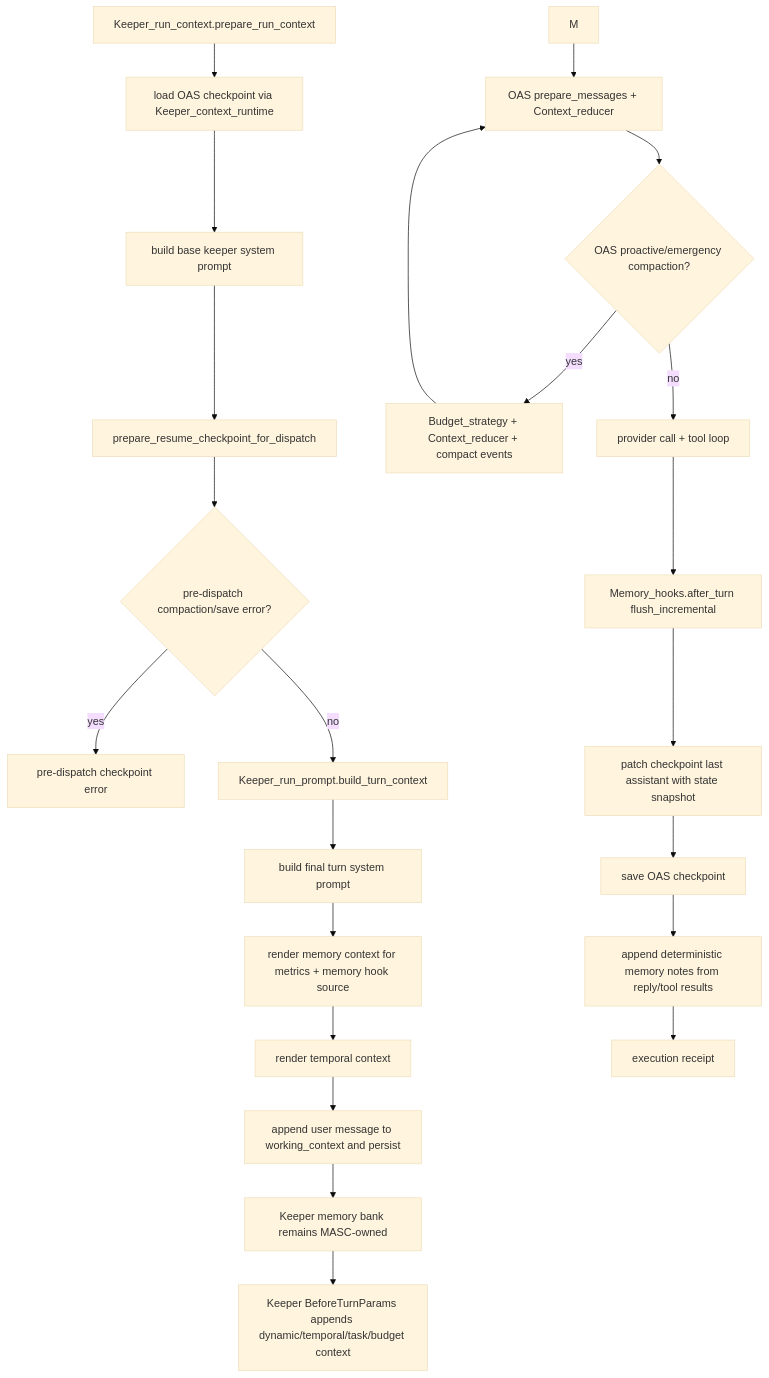
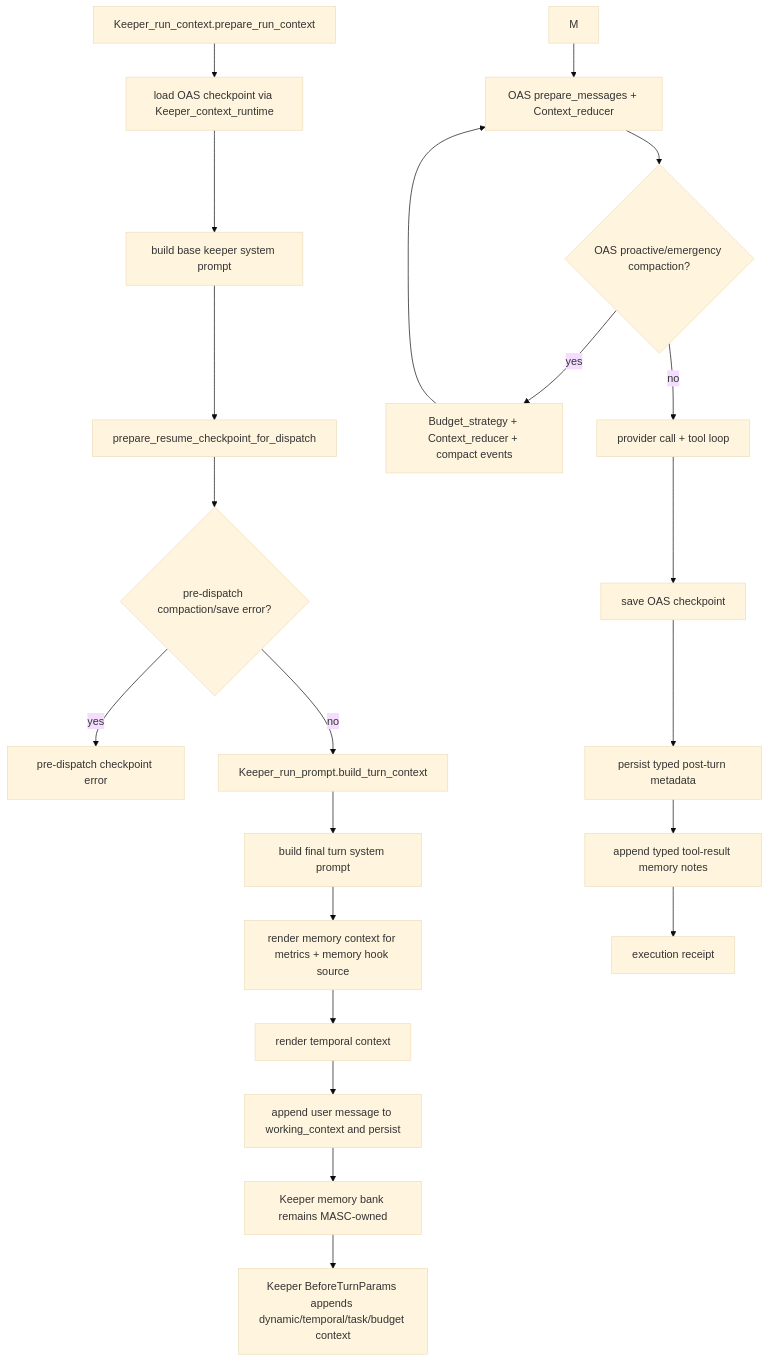
Before and after one commit to jeong-sik/masc: the fifth of 5 diagrams in docs/audit/2026-05-12-keeper-oas-agent-runtime-flow-comparison.md, drawn with Mermaid (base theme). The commit also changed other lines of this file and 576 other files, not shown here.

````diff
--- a/docs/audit/2026-05-12-keeper-oas-agent-runtime-flow-comparison.md
+++ b/docs/audit/2026-05-12-keeper-oas-agent-runtime-flow-comparison.md
@@ -335,25 +335,24 @@
 ```mermaid
 flowchart TD
     A[Keeper_run_context.prepare_run_context] --> B[load OAS checkpoint via Keeper_context_runtime]
     B --> C[build base keeper system prompt]
     C --> D[prepare_resume_checkpoint_for_dispatch]
     D --> E{pre-dispatch compaction/save error?}
     E -- yes --> ERR[pre-dispatch checkpoint error]
     E -- no --> F[Keeper_run_prompt.build_turn_context]
     F --> G[build final turn system prompt]
     G --> H[render memory context for metrics + memory hook source]
     H --> I[render temporal context]
     I --> J[append user message to working_context and persist]
     J --> K[Keeper memory bank remains MASC-owned]
     K --> L[Keeper BeforeTurnParams appends dynamic/temporal/task/budget context]
     M --> N[OAS prepare_messages + Context_reducer]
     N --> O{OAS proactive/emergency compaction?}
     O -- yes --> P[Budget_strategy + Context_reducer + compact events]
     P --> N
     O -- no --> Q[provider call + tool loop]
-    Q --> R[Memory_hooks.after_turn flush_incremental]
-    R --> S[patch checkpoint last assistant with state snapshot]
-    S --> T[save OAS checkpoint]
-    T --> U[append deterministic memory notes from reply/tool results]
-    U --> V[execution receipt]
+    Q --> R[save OAS checkpoint]
+    R --> S[persist typed post-turn metadata]
+    S --> T[append typed tool-result memory notes]
+    T --> U[execution receipt]
 ```
````
